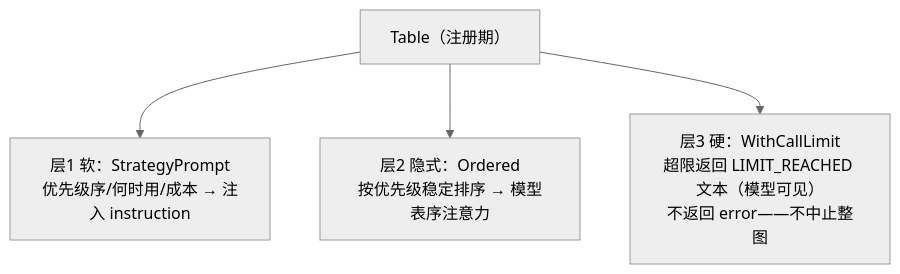
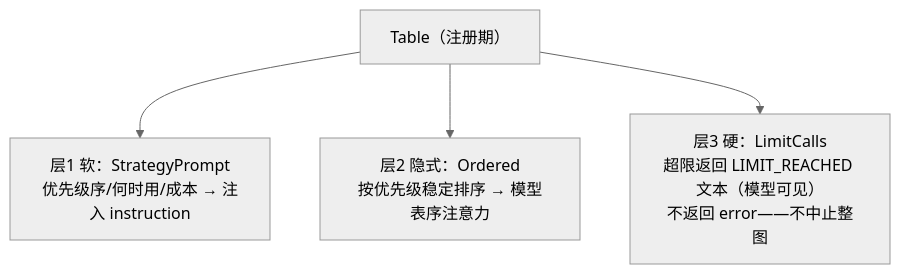
The third of 6 diagrams in docs/FRAMEWORK.md (yi-nology/agentkit), drawn with Mermaid (neutral theme) before and after one commit. The commit also changed other lines of this file and 3 other files, not shown here.

````diff
--- a/docs/FRAMEWORK.md
+++ b/docs/FRAMEWORK.md
@@ -539,6 +542,6 @@
 ```mermaid
 flowchart TD
     T["Table（注册期）"] --> L1["层1 软：StrategyPrompt<br/>优先级序/何时用/成本 → 注入 instruction"]
     T --> L2["层2 隐式：Ordered<br/>按优先级稳定排序 → 模型表序注意力"]
-    T --> L3["层3 硬：WithCallLimit<br/>超限返回 LIMIT_REACHED 文本（模型可见）<br/>不返回 error——不中止整图"]
+    T --> L3["层3 硬：LimitCalls<br/>超限返回 LIMIT_REACHED 文本（模型可见）<br/>不返回 error——不中止整图"]
 ```
````
